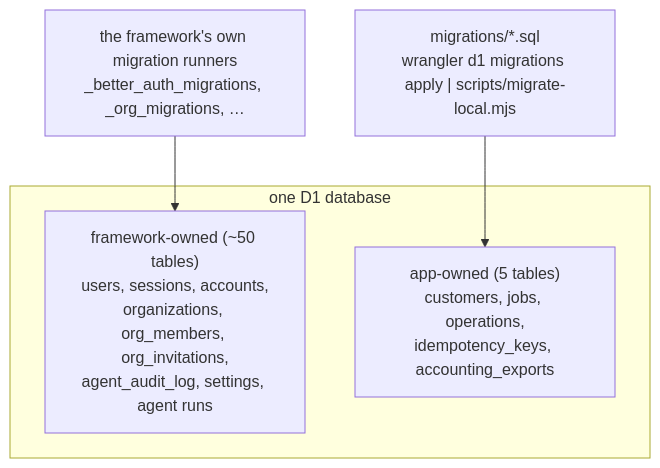
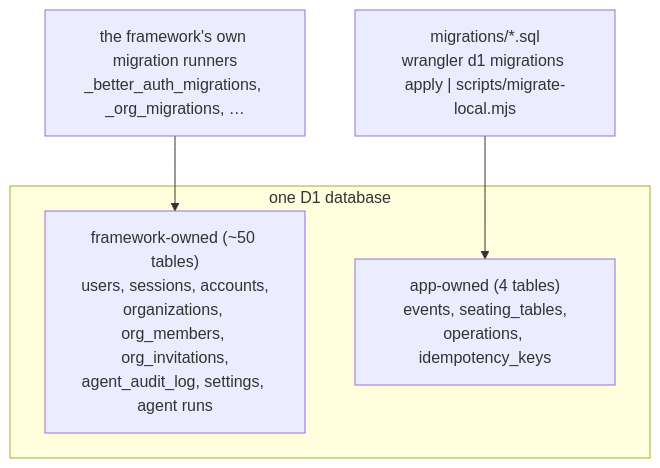
Before and after one commit to anbergem/seating-arrangement: diagram 11 of 14 in ARCHITECTURE.md, drawn with Mermaid. The commit also changed other lines of this file and 203 other files, not shown here.

````diff
--- a/ARCHITECTURE.md
+++ b/ARCHITECTURE.md
@@ -454,9 +498,9 @@
 ```mermaid
 flowchart TB
   subgraph DB["one D1 database"]
     FW["framework-owned (~50 tables)<br/>users, sessions, accounts,<br/>organizations, org_members, org_invitations,<br/>agent_audit_log, settings, agent runs"]
-    APP["app-owned (5 tables)<br/>customers, jobs, operations,<br/>idempotency_keys, accounting_exports"]
+    APP["app-owned (4 tables)<br/>events, seating_tables,<br/>operations, idempotency_keys"]
   end
   R1["the framework's own migration runners<br/>_better_auth_migrations, _org_migrations, …"] --> FW
   R2["migrations/*.sql<br/>wrangler d1 migrations apply | scripts/migrate-local.mjs"] --> APP
 ```
````
